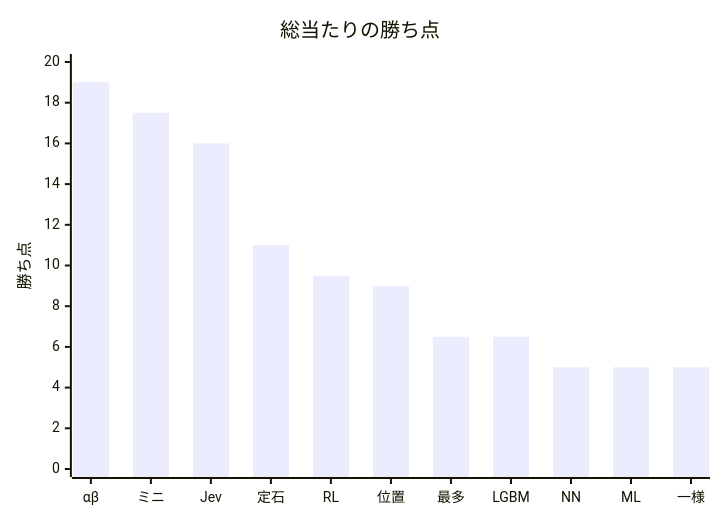
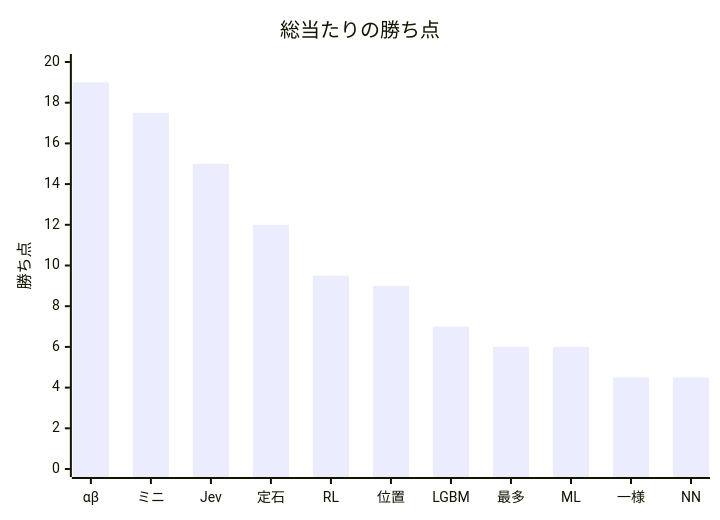
The diagram in docs/benchmarks/round-robin.md (gnkm/reversi-ai), drawn with Mermaid before and after one commit. The commit also changed other lines of this file and 2 other files, not shown here.

````diff
--- a/docs/benchmarks/round-robin.md
+++ b/docs/benchmarks/round-robin.md
@@ -35,7 +35,7 @@
 ```mermaid
 xychart-beta
     title "総当たりの勝ち点"
-    x-axis ["αβ", "ミニ", "Jev", "定石", "RL", "位置", "最多", "LGBM", "NN", "ML", "一様"]
+    x-axis ["αβ", "ミニ", "Jev", "定石", "RL", "位置", "LGBM", "最多", "ML", "一様", "NN"]
     y-axis "勝ち点" 0 --> 20
-    bar [19, 17.5, 16, 11, 9.5, 9, 6.5, 6.5, 5, 5, 5]
+    bar [19, 17.5, 15, 12, 9.5, 9, 7, 6, 6, 4.5, 4.5]
 ```
````
